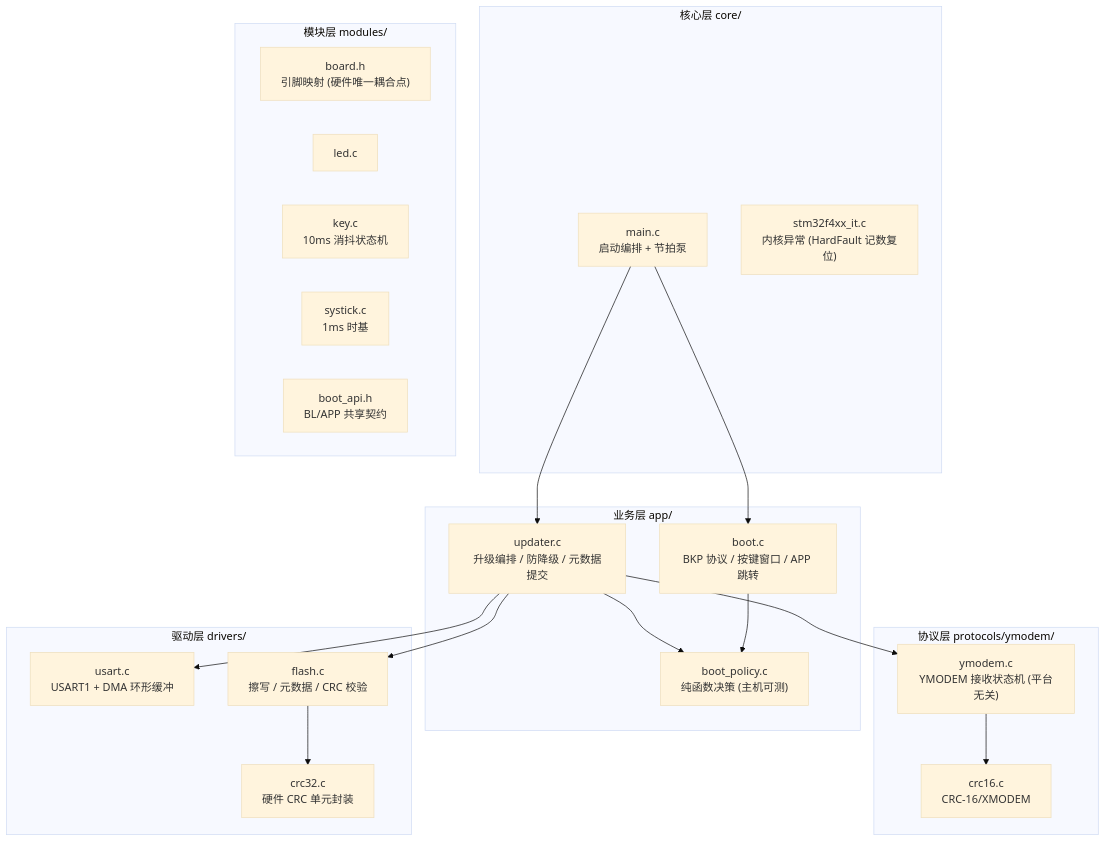
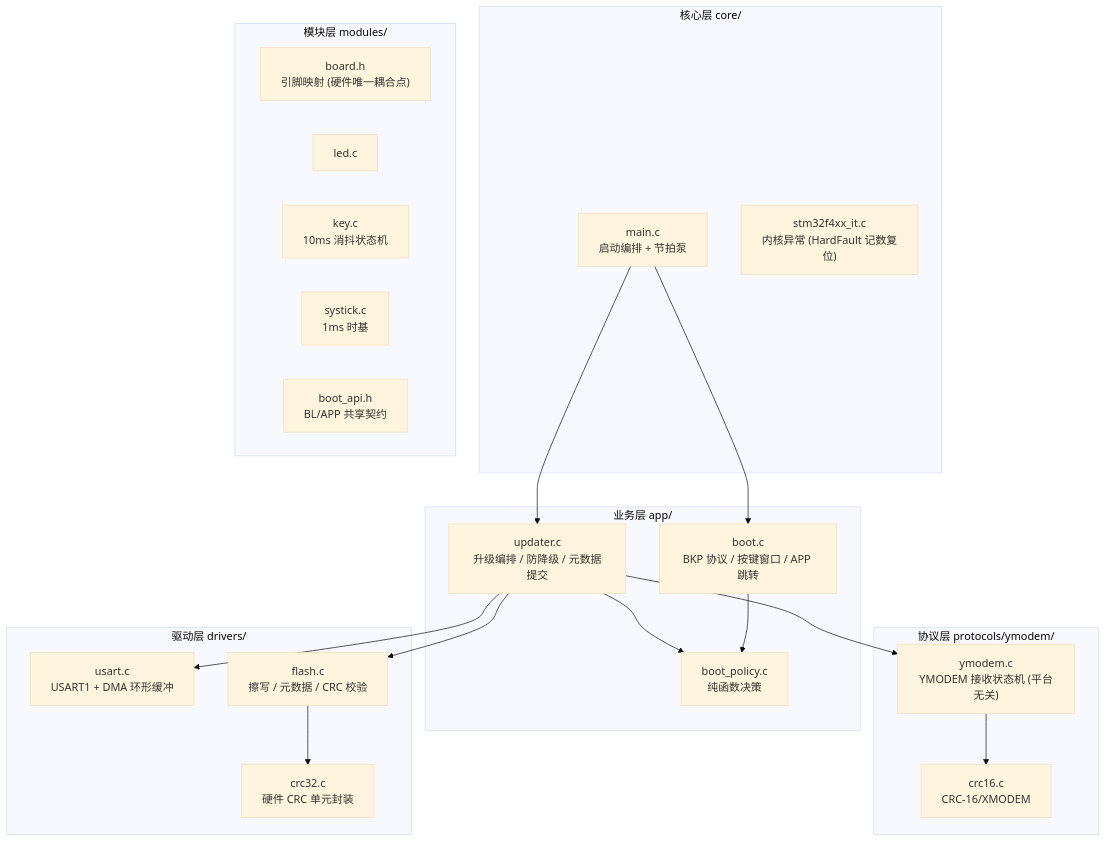
One commit to zyf0205/BootLoader changed the second of 8 diagrams in docs/架构详解.md. Above: the diagram before and after it, drawn with Mermaid (base theme). The commit also changed other lines of this file and 44 other files, not shown here.

````diff
--- a/docs/架构详解.md
+++ b/docs/架构详解.md
@@ -54,37 +54,37 @@
 ```mermaid
 flowchart TD
     subgraph L1[核心层 core/]
         main["main.c<br/>启动编排 + 节拍泵"]
         it["stm32f4xx_it.c<br/>内核异常 (HardFault 记数复位)"]
     end
     subgraph L2[业务层 app/]
         boot["boot.c<br/>BKP 协议 / 按键窗口 / APP 跳转"]
-        policy["boot_policy.c<br/>纯函数决策 (主机可测)"]
+        policy["boot_policy.c<br/>纯函数决策"]
         upd["updater.c<br/>升级编排 / 防降级 / 元数据提交"]
     end
     subgraph L3[协议层 protocols/ymodem/]
         ym["ymodem.c<br/>YMODEM 接收状态机 (平台无关)"]
         crc16["crc16.c<br/>CRC-16/XMODEM"]
     end
     subgraph L4[驱动层 drivers/]
         usart["usart.c<br/>USART1 + DMA 环形缓冲"]
         flash["flash.c<br/>擦写 / 元数据 / CRC 校验"]
         crc32d["crc32.c<br/>硬件 CRC 单元封装"]
     end
     subgraph L5[模块层 modules/]
         board["board.h<br/>引脚映射 (硬件唯一耦合点)"]
         led["led.c"]
         key["key.c<br/>10ms 消抖状态机"]
         systick["systick.c<br/>1ms 时基"]
         bootapi["boot_api.h<br/>BL/APP 共享契约"]
     end
     main --> boot
     main --> upd
     upd --> ym
     upd --> flash
     upd --> policy
     boot --> policy
     ym --> crc16
     upd --> usart
     flash --> crc32d
 ```
````
